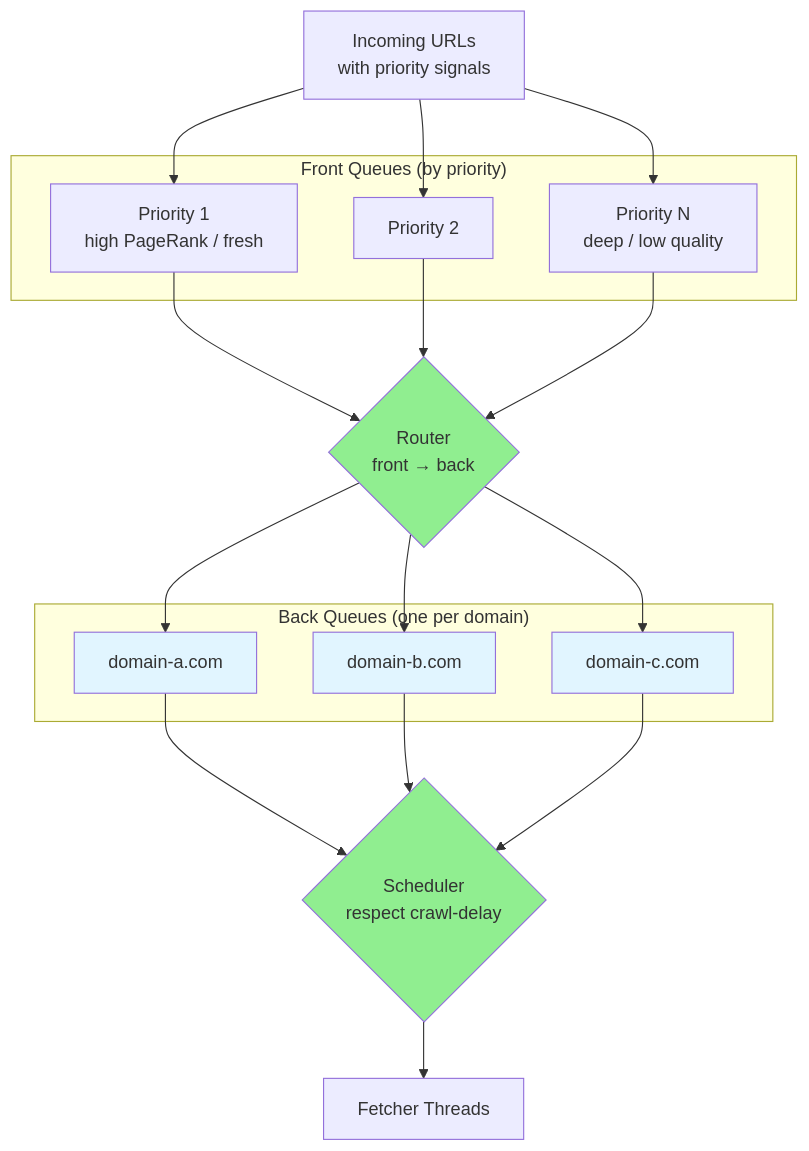
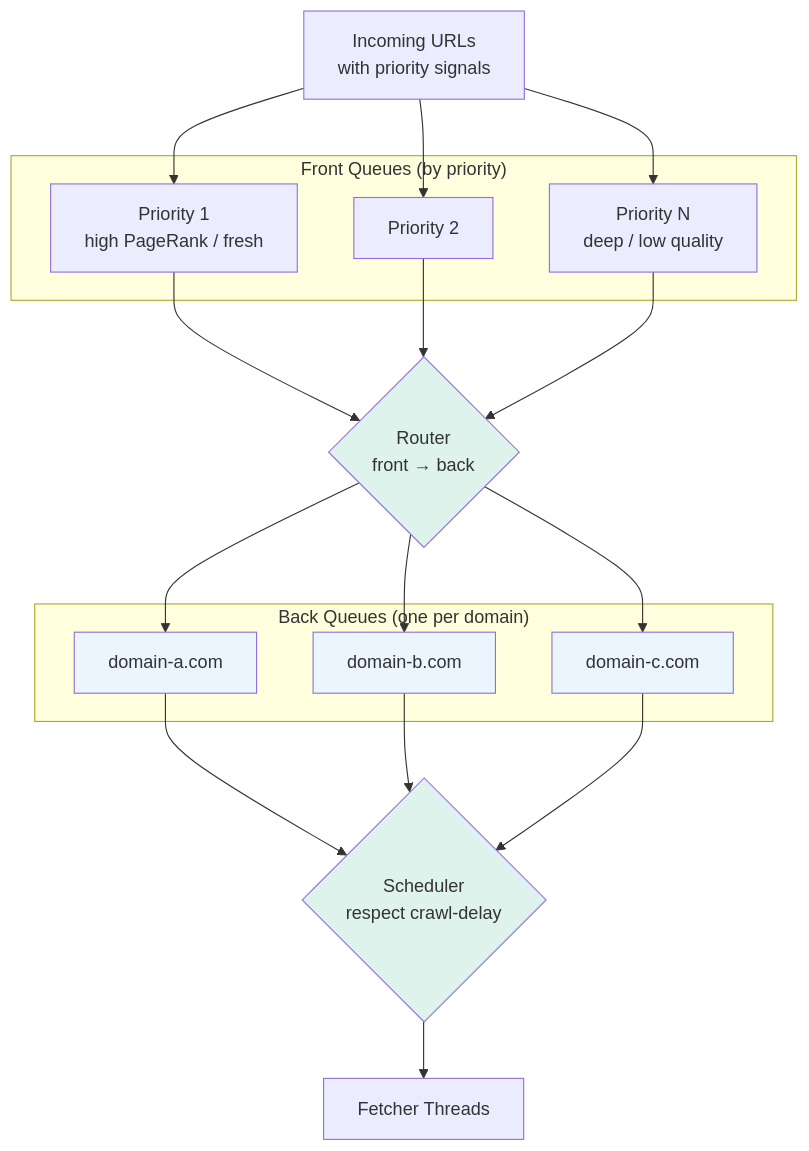
One commit to cartmancodes/InterviewVault changed the third of 6 diagrams in LLD/questions/Design Web Crawler.md. Above: the diagram before and after it, drawn with Mermaid. The commit also changed other lines of this file and 679 other files, not shown here.

Commit message:
Unify content diagrams and add accessible visual walkthroughs

````diff
--- a/LLD/questions/Design Web Crawler.md
+++ b/LLD/questions/Design Web Crawler.md
@@ -200,33 +200,33 @@
 ```mermaid
 graph TB
     IN[Incoming URLs<br/>with priority signals]
 
     subgraph "Front Queues (by priority)"
         P1[Priority 1<br/>high PageRank / fresh]
         P2[Priority 2]
         P3[Priority N<br/>deep / low quality]
     end
 
     ROUTER{Router<br/>front → back}
 
     subgraph "Back Queues (one per domain)"
         B1[domain-a.com]
         B2[domain-b.com]
         B3[domain-c.com]
     end
 
     SCHED{Scheduler<br/>respect crawl-delay}
     FT[Fetcher Threads]
 
     IN --> P1 & P2 & P3
     P1 & P2 & P3 --> ROUTER
     ROUTER --> B1 & B2 & B3
     B1 & B2 & B3 --> SCHED
     SCHED --> FT
 
-    style ROUTER fill:#90EE90
-    style SCHED fill:#90EE90
-    style B1 fill:#e1f5ff
-    style B2 fill:#e1f5ff
-    style B3 fill:#e1f5ff
+    style ROUTER fill:#DDF3EC
+    style SCHED fill:#DDF3EC
+    style B1 fill:#EAF5FD
+    style B2 fill:#EAF5FD
+    style B3 fill:#EAF5FD
 ```
````
